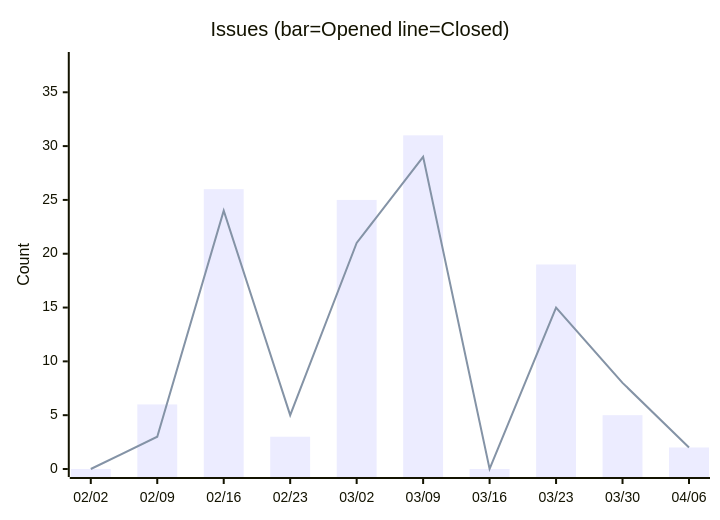
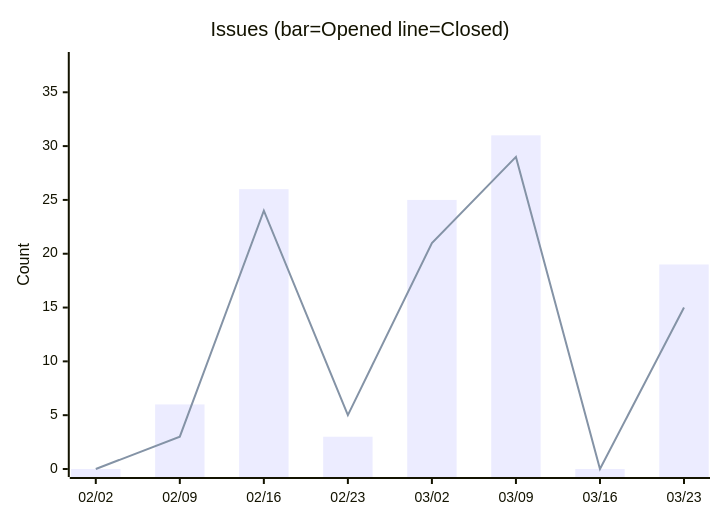
Before and after one commit to nablarch/nabledge-dev: the fifth of 14 diagrams in docs/metrics.md, drawn with Mermaid. The commit also changed other lines of this file and 1 other file, not shown here.

````diff
--- a/docs/metrics.md
+++ b/docs/metrics.md
@@ -91,8 +91,8 @@
 ```mermaid
 xychart-beta
   title "Issues (bar=Opened  line=Closed)"
-  x-axis ["02/02", "02/09", "02/16", "02/23", "03/02", "03/09", "03/16", "03/23", "03/30", "04/06"]
+  x-axis ["02/02", "02/09", "02/16", "02/23", "03/02", "03/09", "03/16", "03/23"]
   y-axis "Count" 0 --> 38
-  bar [0, 6, 26, 3, 25, 31, 0, 19, 5, 2]
-  line [0, 3, 24, 5, 21, 29, 0, 15, 8, 2]
+  bar [0, 6, 26, 3, 25, 31, 0, 19]
+  line [0, 3, 24, 5, 21, 29, 0, 15]
 ```
````
